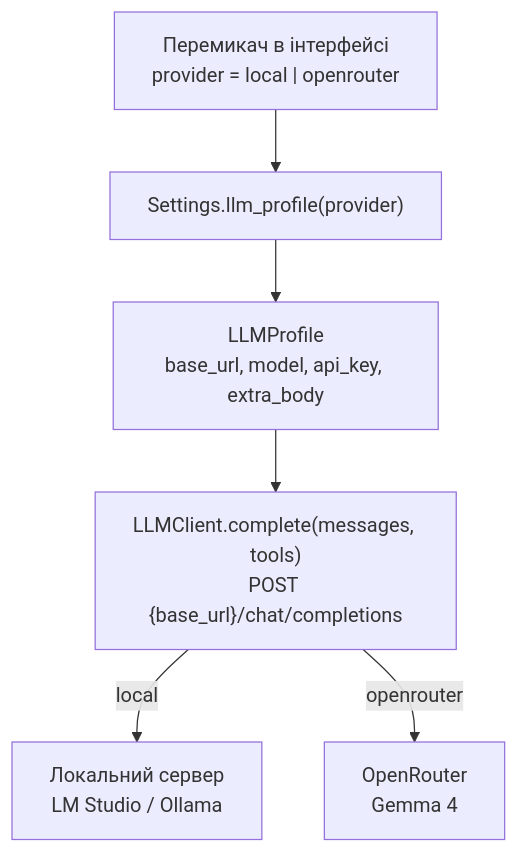
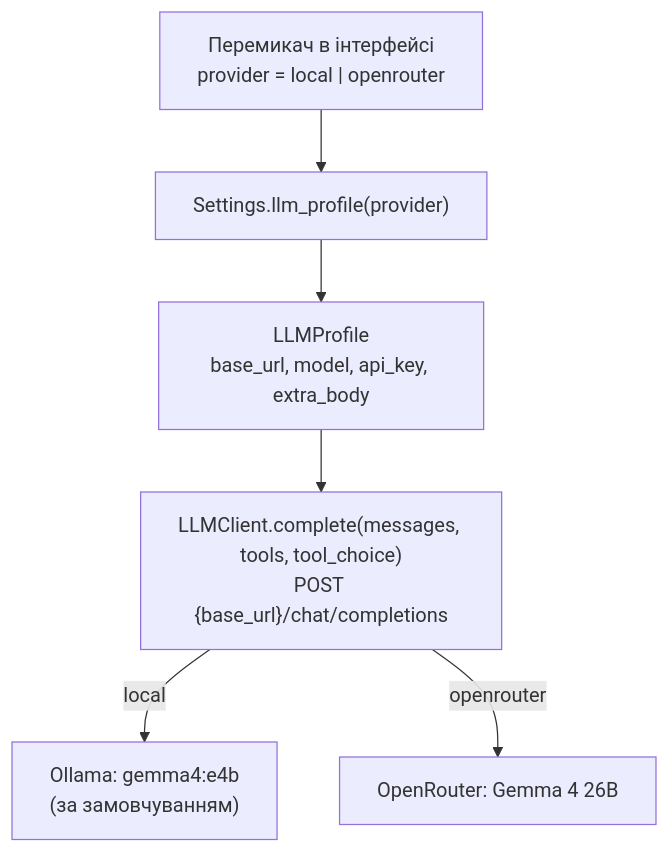
One commit to woldemarg/movie_rs changed the first of 3 diagrams in docs/03-llm-and-tool-calling.md. Above: the diagram before and after it, drawn with Mermaid. The commit also changed other lines of this file and 15 other files, not shown here.

````diff
--- a/docs/03-llm-and-tool-calling.md
+++ b/docs/03-llm-and-tool-calling.md
@@ -31,13 +38,13 @@
 ```mermaid
 flowchart TB
     ui["Перемикач в інтерфейсі<br/>provider = local | openrouter"]
     s["Settings.llm_profile(provider)"]
     lp["LLMProfile<br/>base_url, model, api_key, extra_body"]
-    c["LLMClient.complete(messages, tools)<br/>POST {base_url}/chat/completions"]
-    local["Локальний сервер<br/>LM Studio / Ollama"]
-    or["OpenRouter<br/>Gemma 4"]
+    c["LLMClient.complete(messages, tools, tool_choice)<br/>POST {base_url}/chat/completions"]
+    local["Ollama: gemma4:e4b<br/>(за замовчуванням)"]
+    or["OpenRouter: Gemma 4 26B"]
 
     ui --> s --> lp --> c
     c -- local --> local
     c -- openrouter --> or
 ```
````
